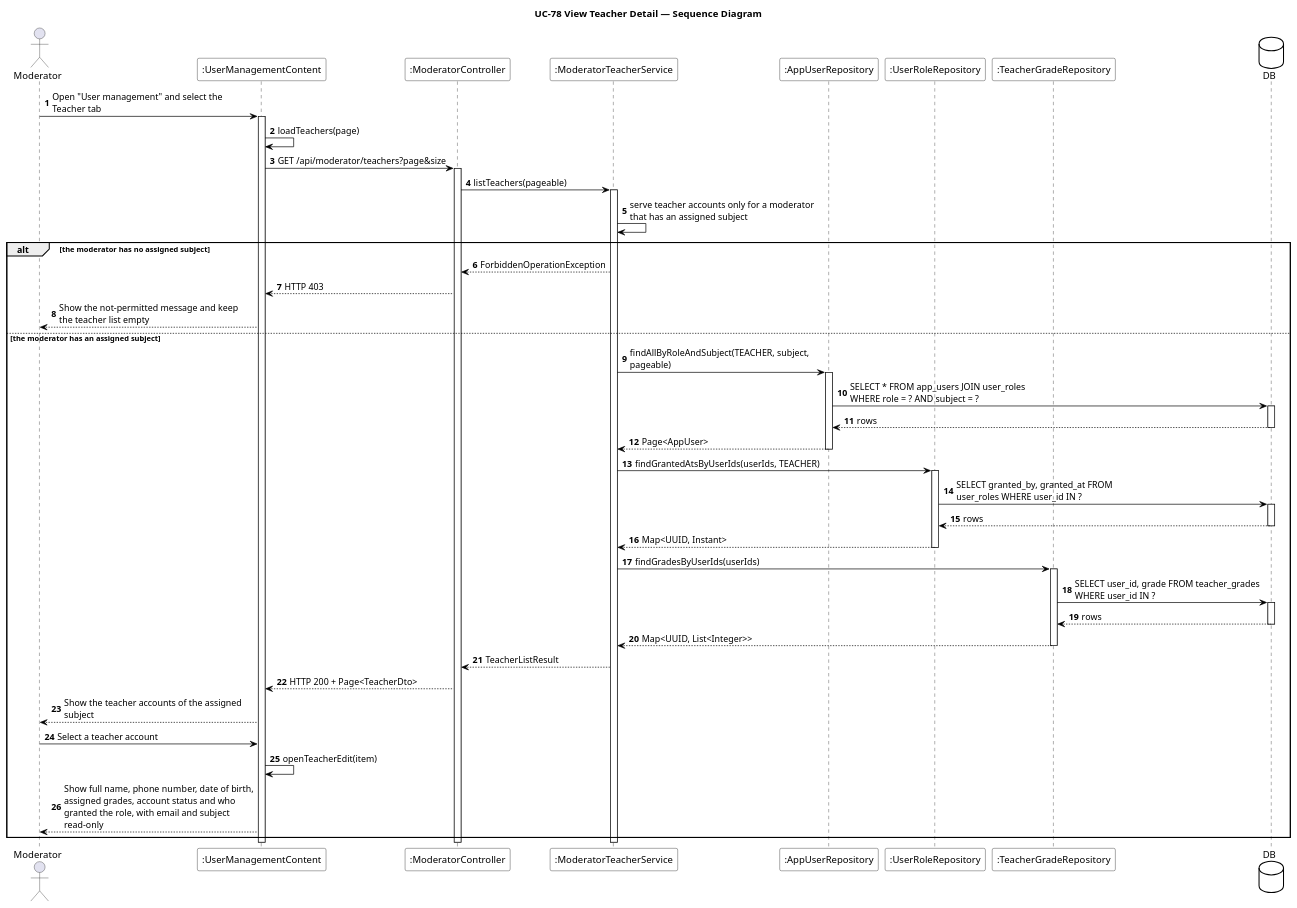
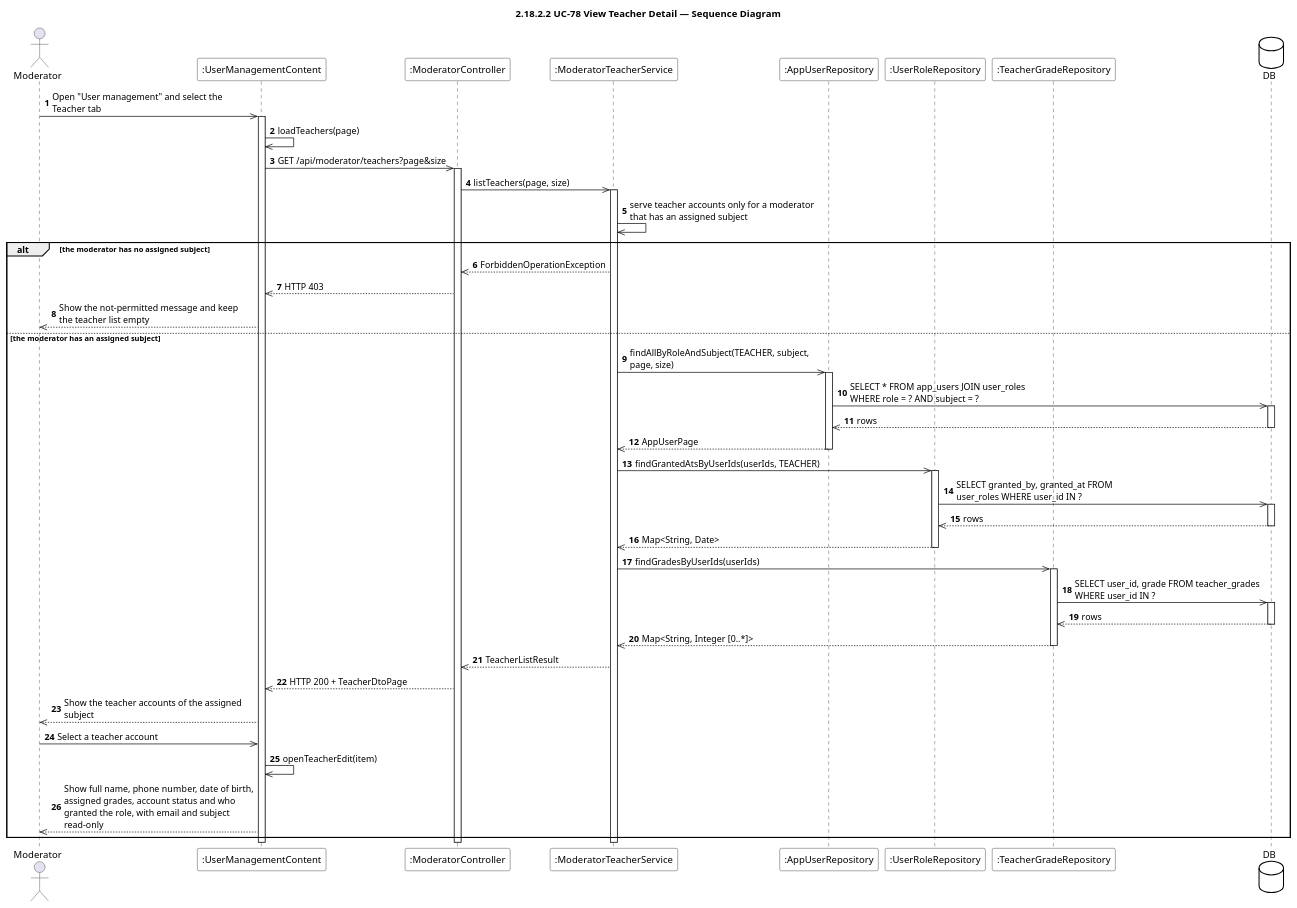
Before and after one commit to EduA-system/EduA-system: the diagram in designs/sds-diagrams/uc78/uc78_sequence.puml, drawn with PlantUML. The commit also changed 585 other files, not shown here.

Commit message:
hình sequence diagram mới

```diff
--- a/designs/sds-diagrams/uc78/uc78_sequence.puml
+++ b/designs/sds-diagrams/uc78/uc78_sequence.puml
@@ -1,71 +1,71 @@
 @startuml UC-78 View Teacher Detail - Sequence Diagram
 skinparam defaultFontName "Segoe UI"
 skinparam shadowing false
 skinparam ParticipantBackgroundColor #FFFFFF
 skinparam ParticipantBorderColor #000000
 skinparam DatabaseBackgroundColor #FFFFFF
 skinparam DatabaseBorderColor #000000
 skinparam ArrowColor #000000
 skinparam sequenceMessageAlign left
 skinparam maxMessageSize 280
-title UC-78 View Teacher Detail — Sequence Diagram
+title 2.18.2.2 UC-78 View Teacher Detail — Sequence Diagram
 
 actor Moderator
 participant ":UserManagementContent" as UI
 participant ":ModeratorController" as CTL
 participant ":ModeratorTeacherService" as SVC
 participant ":AppUserRepository" as USERS
 participant ":UserRoleRepository" as ROLES
 participant ":TeacherGradeRepository" as GRADES
 database DB
 
 autonumber
-Moderator -> UI : Open "User management" and select the Teacher tab
+Moderator ->> UI : Open "User management" and select the Teacher tab
 activate UI
-UI -> UI : loadTeachers(page)
-UI -> CTL : GET /api/moderator/teachers?page&size
+UI ->> UI : loadTeachers(page)
+UI ->> CTL : GET /api/moderator/teachers?page&size
 activate CTL
-CTL -> SVC : listTeachers(pageable)
+CTL ->> SVC : listTeachers(page, size)
 activate SVC
-SVC -> SVC : serve teacher accounts only for a moderator that has an assigned subject
+SVC ->> SVC : serve teacher accounts only for a moderator that has an assigned subject
 
 alt the moderator has no assigned subject
-  SVC --> CTL : ForbiddenOperationException
-  CTL --> UI : HTTP 403
-  UI --> Moderator : Show the not-permitted message and keep the teacher list empty
+  SVC -->> CTL : ForbiddenOperationException
+  CTL -->> UI : HTTP 403
+  UI -->> Moderator : Show the not-permitted message and keep the teacher list empty
 else the moderator has an assigned subject
-  SVC -> USERS : findAllByRoleAndSubject(TEACHER, subject, pageable)
+  SVC ->> USERS : findAllByRoleAndSubject(TEACHER, subject, page, size)
   activate USERS
-  USERS -> DB : SELECT * FROM app_users JOIN user_roles WHERE role = ? AND subject = ?
+  USERS ->> DB : SELECT * FROM app_users JOIN user_roles WHERE role = ? AND subject = ?
   activate DB
-  DB --> USERS : rows
+  DB -->> USERS : rows
   deactivate DB
-  USERS --> SVC : Page<AppUser>
+  USERS -->> SVC : AppUserPage
   deactivate USERS
-  SVC -> ROLES : findGrantedAtsByUserIds(userIds, TEACHER)
+  SVC ->> ROLES : findGrantedAtsByUserIds(userIds, TEACHER)
   activate ROLES
-  ROLES -> DB : SELECT granted_by, granted_at FROM user_roles WHERE user_id IN ?
+  ROLES ->> DB : SELECT granted_by, granted_at FROM user_roles WHERE user_id IN ?
   activate DB
-  DB --> ROLES : rows
+  DB -->> ROLES : rows
   deactivate DB
-  ROLES --> SVC : Map<UUID, Instant>
+  ROLES -->> SVC : Map<String, Date>
   deactivate ROLES
-  SVC -> GRADES : findGradesByUserIds(userIds)
+  SVC ->> GRADES : findGradesByUserIds(userIds)
   activate GRADES
-  GRADES -> DB : SELECT user_id, grade FROM teacher_grades WHERE user_id IN ?
+  GRADES ->> DB : SELECT user_id, grade FROM teacher_grades WHERE user_id IN ?
   activate DB
-  DB --> GRADES : rows
+  DB -->> GRADES : rows
   deactivate DB
-  GRADES --> SVC : Map<UUID, List<Integer>>
+  GRADES -->> SVC : Map<String, Integer [0..*]>
   deactivate GRADES
-  SVC --> CTL : TeacherListResult
-  CTL --> UI : HTTP 200 + Page<TeacherDto>
-  UI --> Moderator : Show the teacher accounts of the assigned subject
-  Moderator -> UI : Select a teacher account
-  UI -> UI : openTeacherEdit(item)
-  UI --> Moderator : Show full name, phone number, date of birth, assigned grades, account status and who granted the role, with email and subject read-only
+  SVC -->> CTL : TeacherListResult
+  CTL -->> UI : HTTP 200 + TeacherDtoPage
+  UI -->> Moderator : Show the teacher accounts of the assigned subject
+  Moderator ->> UI : Select a teacher account
+  UI ->> UI : openTeacherEdit(item)
+  UI -->> Moderator : Show full name, phone number, date of birth, assigned grades, account status and who granted the role, with email and subject read-only
 end
 deactivate SVC
 deactivate CTL
 deactivate UI
 @enduml
```
